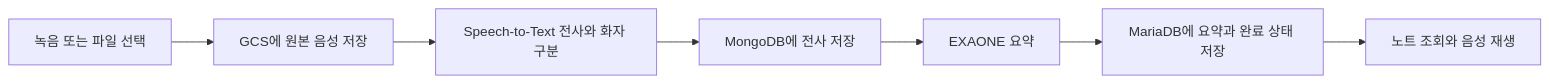
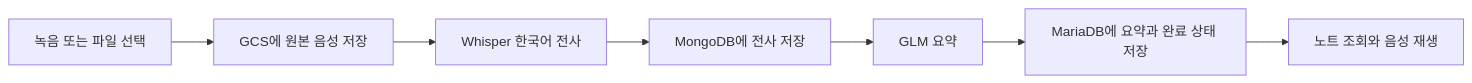
Before and after one commit to minseokKim6823/voice-notes-gcp: the diagram in README.md, drawn with Mermaid. The commit also changed other lines of this file and 33 other files, not shown here.

Commit message:
feat: add instant whisper recording and GLM summaries (#1)

````diff
--- a/README.md
+++ b/README.md
@@ -73,9 +73,9 @@
 ```mermaid
 flowchart LR
     A[녹음 또는 파일 선택] --> B[GCS에 원본 음성 저장]
-    B --> C[Speech-to-Text 전사와 화자 구분]
+    B --> C[Whisper 한국어 전사]
     C --> D[MongoDB에 전사 저장]
-    D --> E[EXAONE 요약]
+    D --> E[GLM 요약]
     E --> F[MariaDB에 요약과 완료 상태 저장]
     F --> G[노트 조회와 음성 재생]
 ```
````
